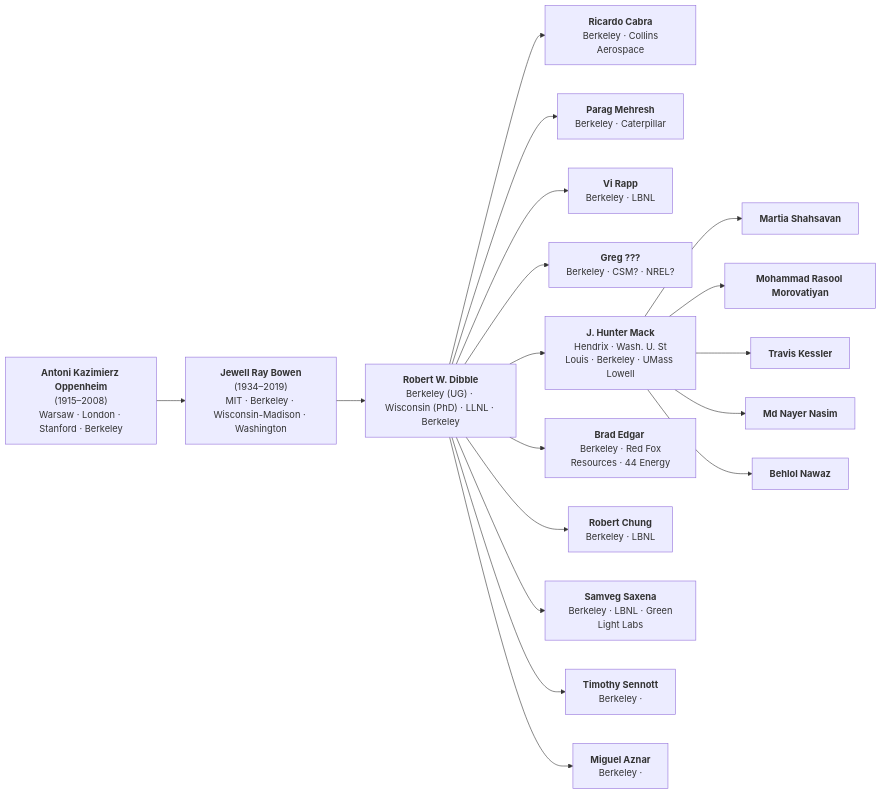
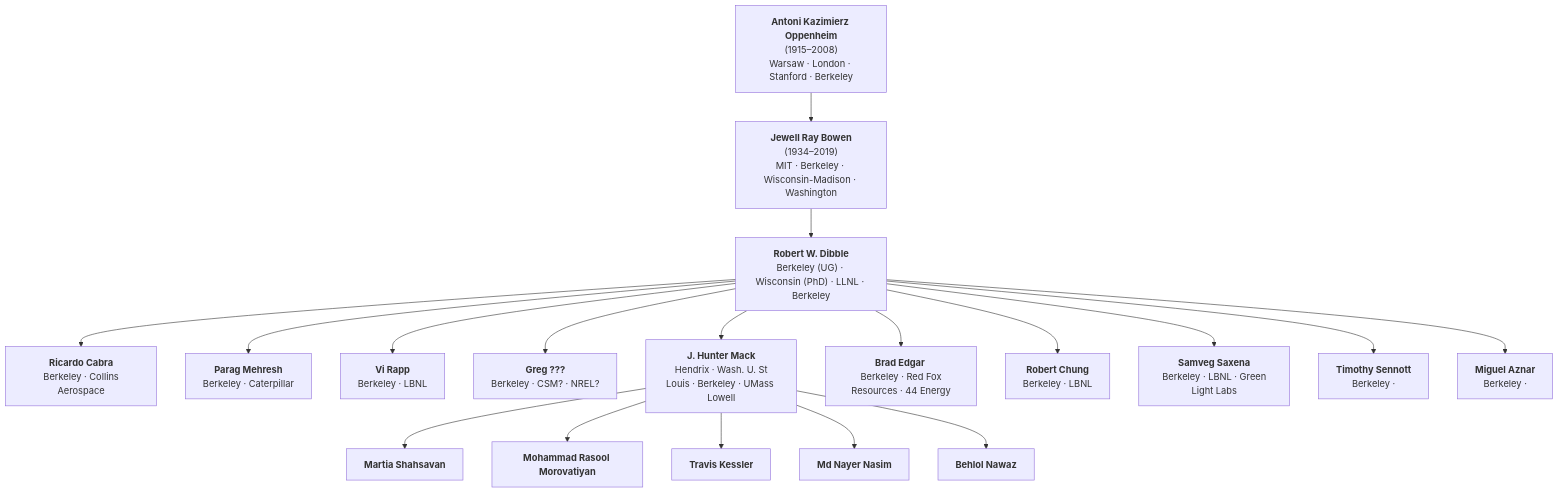
One commit to bnawaz95/ECRL-acad-tree changed the diagram in acad_tree.md. Above: the diagram before and after it, drawn with Mermaid.

````diff
--- a/acad_tree.md
+++ b/acad_tree.md
@@ -1,45 +1,45 @@
 ```mermaid
-graph LR
+flowchart TD
     A["<b>Antoni Kazimierz Oppenheim</b><br/>(1915–2008)<br/>Warsaw · London · Stanford · Berkeley"]
 
     B["<b>Jewell Ray Bowen</b><br/>(1934–2019)<br/>MIT · Berkeley · Wisconsin-Madison · Washington"]
 
     C["<b>Robert W. Dibble</b><br/>Berkeley (UG) · Wisconsin (PhD) · LLNL · Berkeley"]
 
     D1["<b>Ricardo Cabra</b><br/> Berkeley · Collins Aerospace"]
     D2["<b>Parag Mehresh</b><br/> Berkeley · Caterpillar"]
     D3["<b>Vi Rapp</b><br/> Berkeley · LBNL"]
     D4["<b>Greg ???</b><br/> Berkeley · CSM? · NREL?"]
     D0["<b>J. Hunter Mack</b><br/> Hendrix · Wash. U. St Louis · Berkeley · UMass Lowell"]
     D5["<b>Brad Edgar </b><br/> Berkeley · Red Fox Resources · 44 Energy"]
     D6["<b>Robert Chung</b><br/> Berkeley · LBNL"]
     D7["<b>Samveg Saxena</b><br/> Berkeley · LBNL · Green Light Labs"]
     D8["<b>Timothy Sennott</b><br/> Berkeley · "]
     D9["<b>Miguel Aznar</b><br/> Berkeley · "]
 
     E["<b>Martia Shahsavan</b>"]
     F["<b>Mohammad Rasool Morovatiyan</b>"]
     G["<b>Travis Kessler</b>"]
     H["<b>Md Nayer Nasim</b>"]
     I["<b>Behlol Nawaz</b>"]
 
     A --> B
     B --> C
 
     C --> D0
     C --> D1
     C --> D2
     C --> D3
     C --> D4
     C --> D5
     C --> D6
     C --> D7
     C --> D8
     C --> D9
 
     D0 --> E
     D0 --> F
     D0 --> G
     D0 --> H
     D0 --> I
 ```
````
